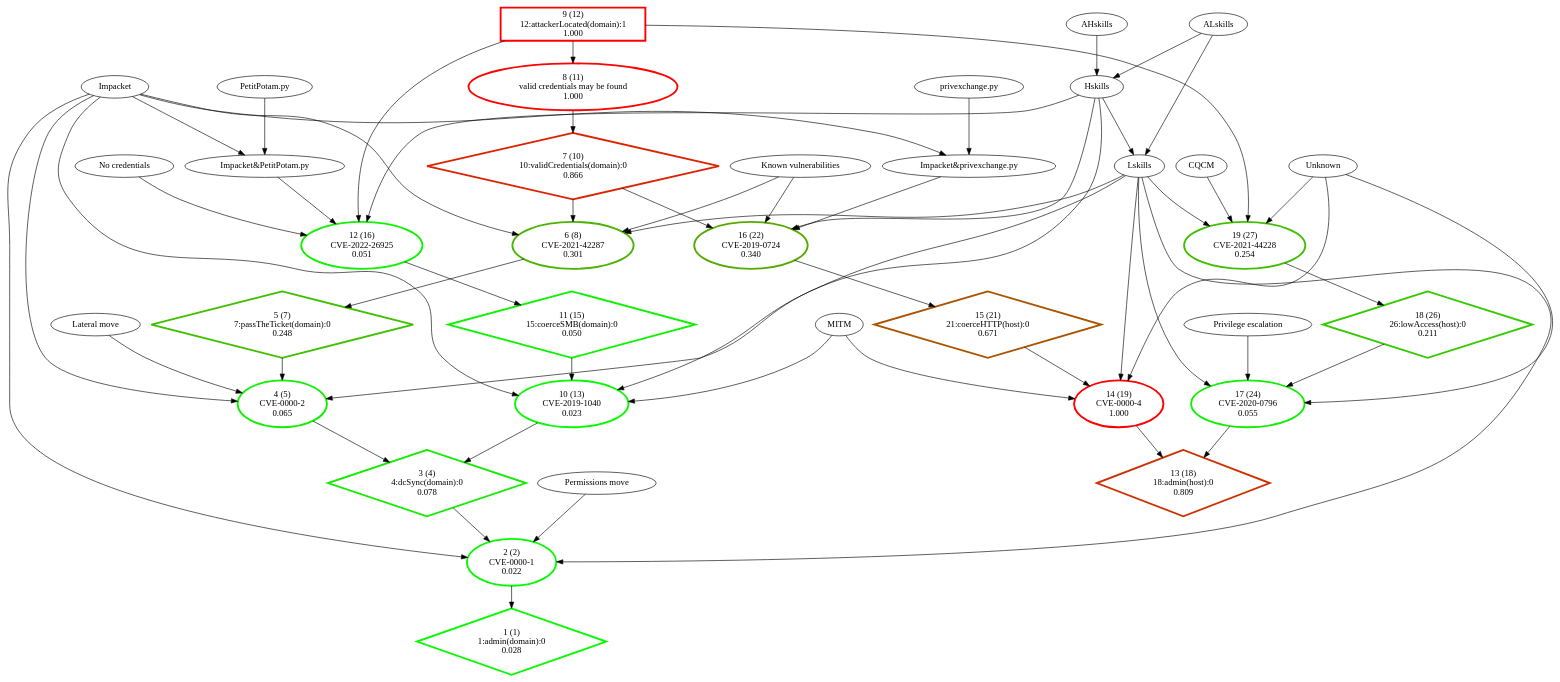
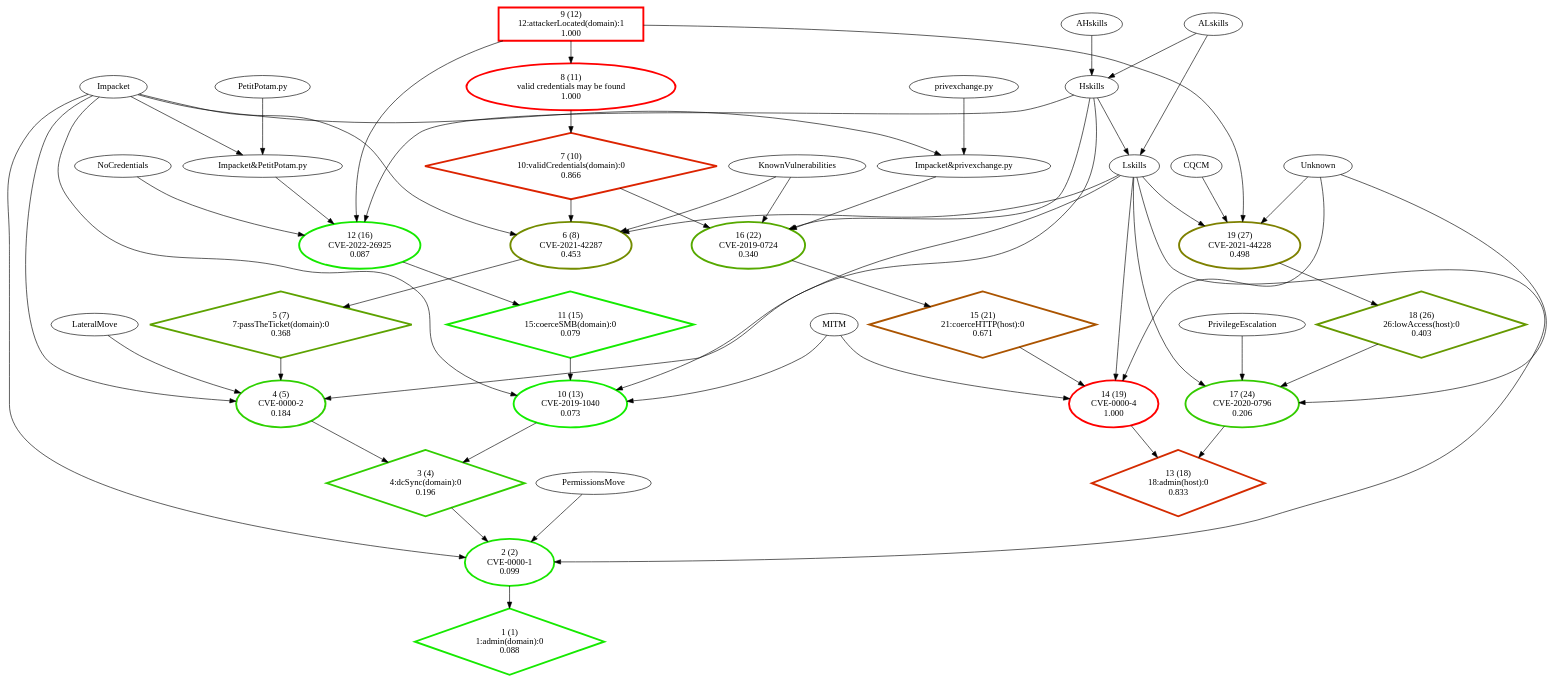
Before and after one commit to NathanaeldeLaChesnais/attacker_profiling_for_BAG_with_honeypots: the diagram in Personnal_simulations/output_selection/strongly_connected_components/ag-nocycles_colored.dot, drawn with Graphviz. The commit also changed 92 other files, not shown here.

```diff
--- a/Personnal_simulations/output_selection/strongly_connected_components/ag-nocycles_colored.dot
+++ b/Personnal_simulations/output_selection/strongly_connected_components/ag-nocycles_colored.dot
@@ -1,76 +1,76 @@
 digraph G {
-  1 [label="1 (1)\n1:admin(domain):0\n0.028", color="#07F800", penwidth=3, shape="diamond"];
-  2 [label="2 (2)\nCVE-0000-1\n0.022", color="#05FA00", penwidth=3, shape="ellipse"];
-  3 [label="3 (4)\n4:dcSync(domain):0\n0.078", color="#13EC00", penwidth=3, shape="diamond"];
-  4 [label="4 (5)\nCVE-0000-2\n0.065", color="#10EF00", penwidth=3, shape="ellipse"];
-  5 [label="5 (7)\n7:passTheTicket(domain):0\n0.248", color="#3FC000", penwidth=3, shape="diamond"];
-  6 [label="6 (8)\nCVE-2021-42287\n0.301", color="#4CB300", penwidth=3, shape="ellipse"];
+  1 [label="1 (1)\n1:admin(domain):0\n0.088", color="#16E900", penwidth=3, shape="diamond"];
+  2 [label="2 (2)\nCVE-0000-1\n0.099", color="#19E600", penwidth=3, shape="ellipse"];
+  3 [label="3 (4)\n4:dcSync(domain):0\n0.196", color="#31CE00", penwidth=3, shape="diamond"];
+  4 [label="4 (5)\nCVE-0000-2\n0.184", color="#2ED100", penwidth=3, shape="ellipse"];
+  5 [label="5 (7)\n7:passTheTicket(domain):0\n0.368", color="#5DA200", penwidth=3, shape="diamond"];
+  6 [label="6 (8)\nCVE-2021-42287\n0.453", color="#738C00", penwidth=3, shape="ellipse"];
   7 [label="7 (10)\n10:validCredentials(domain):0\n0.866", color="#DC2300", penwidth=3, shape="diamond"];
-  8 [label="8 (11)\nvalid credentials may be found\n1.000", color="#FE0100", penwidth=3, shape="ellipse"];
+  8 [label="8 (11)\nvalid credentials may be found\n1.000", color="#FF0000", penwidth=3, shape="ellipse"];
   9 [label="9 (12)\n12:attackerLocated(domain):1\n1.000", color="#FF0000", penwidth=3, shape="box"];
-  10 [label="10 (13)\nCVE-2019-1040\n0.023", color="#05FA00", penwidth=3, shape="ellipse"];
-  11 [label="11 (15)\n15:coerceSMB(domain):0\n0.050", color="#0CF300", penwidth=3, shape="diamond"];
-  12 [label="12 (16)\nCVE-2022-26925\n0.051", color="#0DF200", penwidth=3, shape="ellipse"];
-  13 [label="13 (18)\n18:admin(host):0\n0.809", color="#CE3100", penwidth=3, shape="diamond"];
+  10 [label="10 (13)\nCVE-2019-1040\n0.073", color="#12ED00", penwidth=3, shape="ellipse"];
+  11 [label="11 (15)\n15:coerceSMB(domain):0\n0.079", color="#14EB00", penwidth=3, shape="diamond"];
+  12 [label="12 (16)\nCVE-2022-26925\n0.087", color="#16E900", penwidth=3, shape="ellipse"];
+  13 [label="13 (18)\n18:admin(host):0\n0.833", color="#D42B00", penwidth=3, shape="diamond"];
   14 [label="14 (19)\nCVE-0000-4\n1.000", color="#FF0000", penwidth=3, shape="ellipse"];
   15 [label="15 (21)\n21:coerceHTTP(host):0\n0.671", color="#AB5400", penwidth=3, shape="diamond"];
   16 [label="16 (22)\nCVE-2019-0724\n0.340", color="#56A900", penwidth=3, shape="ellipse"];
-  17 [label="17 (24)\nCVE-2020-0796\n0.055", color="#0EF100", penwidth=3, shape="ellipse"];
-  18 [label="18 (26)\n26:lowAccess(host):0\n0.211", color="#35CA00", penwidth=3, shape="diamond"];
-  19 [label="19 (27)\nCVE-2021-44228\n0.254", color="#40BF00", penwidth=3, shape="ellipse"];
+  17 [label="17 (24)\nCVE-2020-0796\n0.206", color="#34CB00", penwidth=3, shape="ellipse"];
+  18 [label="18 (26)\n26:lowAccess(host):0\n0.403", color="#669900", penwidth=3, shape="diamond"];
+  19 [label="19 (27)\nCVE-2021-44228\n0.498", color="#7E8100", penwidth=3, shape="ellipse"];
   "9" -> "8";
   "9" -> "12";
   "9" -> "19";
   "8" -> "7";
   "7" -> "6";
   "7" -> "16";
   "6" -> "5";
   "5" -> "4";
   "4" -> "3";
   "3" -> "2";
   "12" -> "11";
   "11" -> "10";
   "10" -> "3";
   "2" -> "1";
   "16" -> "15";
   "15" -> "14";
   "14" -> "13";
   "19" -> "18";
   "18" -> "17";
   "17" -> "13";
   "ALskills" -> "Lskills";
   "ALskills" -> "Hskills";
   "Lskills" -> "2";
   "Lskills" -> "4";
   "Lskills" -> "6";
   "Lskills" -> "14";
   "Lskills" -> "17";
   "Lskills" -> "19";
   "Hskills" -> "Lskills";
   "Hskills" -> "10";
   "Hskills" -> "12";
   "Hskills" -> "16";
   "AHskills" -> "Hskills";
   "Impacket" -> "2";
-  "Permissions move" -> "2";
   "Impacket" -> "4";
-  "Lateral move" -> "4";
   "Impacket" -> "6";
-  "Known vulnerabilities" -> "6";
-  "Known vulnerabilities" -> "16";
   "Impacket" -> "10";
+  "Impacket" -> "Impacket&PetitPotam.py";
+  "Impacket" -> "Impacket&privexchange.py";
+  "PermissionsMove" -> "2";
+  "LateralMove" -> "4";
+  "KnownVulnerabilities" -> "6";
+  "KnownVulnerabilities" -> "16";
   "MITM" -> "10";
   "MITM" -> "14";
   "Impacket&PetitPotam.py" -> "12";
-  "Impacket" -> "Impacket&PetitPotam.py";
   "PetitPotam.py" -> "Impacket&PetitPotam.py";
-  "No credentials" -> "12";
+  "NoCredentials" -> "12";
   "Unknown" -> "14";
+  "Unknown" -> "17";
+  "Unknown" -> "19";
   "Impacket&privexchange.py" -> "16";
-  "Impacket" -> "Impacket&privexchange.py";
   "privexchange.py" -> "Impacket&privexchange.py";
-  "Unknown" -> "17";
-  "Privilege escalation" -> "17";
-  "Unknown" -> "19";
+  "PrivilegeEscalation" -> "17";
   "CQCM" -> "19";
 }
```
